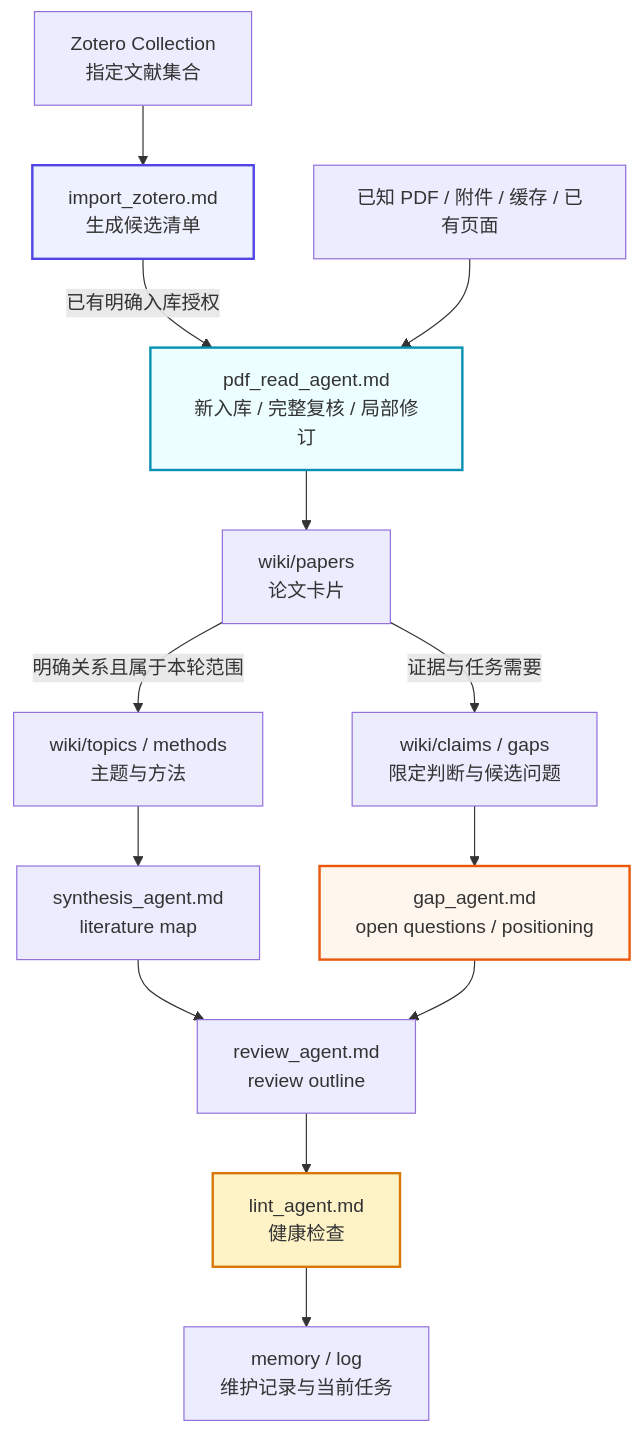
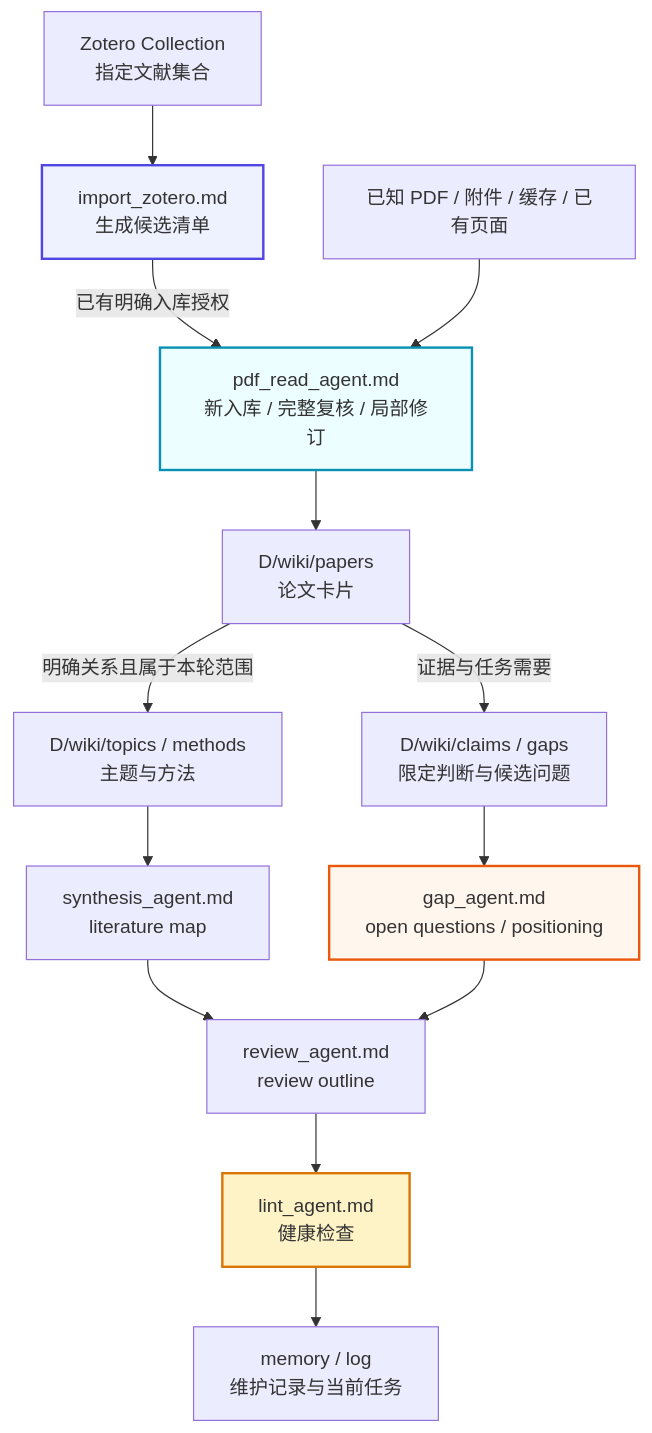
The diagram in README.md (neuhanxiaobo1/Claude-wiki), drawn with Mermaid before and after one commit. The commit also changed other lines of this file and 208 other files, not shown here.

````diff
--- a/README.md
+++ b/README.md
@@ -87,20 +87,20 @@
 ```mermaid
 flowchart TD
     A["Zotero Collection<br/>指定文献集合"] --> B["import_zotero.md<br/>生成候选清单"]
     B -->|已有明确入库授权| C["pdf_read_agent.md<br/>新入库 / 完整复核 / 局部修订"]
     L["已知 PDF / 附件 / 缓存 / 已有页面"] --> C
-    C --> D["wiki/papers<br/>论文卡片"]
-    D -->|明确关系且属于本轮范围| E["wiki/topics / methods<br/>主题与方法"]
-    D -->|证据与任务需要| F["wiki/claims / gaps<br/>限定判断与候选问题"]
+    C --> D["D/wiki/papers<br/>论文卡片"]
+    D -->|明确关系且属于本轮范围| E["D/wiki/topics / methods<br/>主题与方法"]
+    D -->|证据与任务需要| F["D/wiki/claims / gaps<br/>限定判断与候选问题"]
     E --> G["synthesis_agent.md<br/>literature map"]
     F --> H["gap_agent.md<br/>open questions / positioning"]
     G --> I["review_agent.md<br/>review outline"]
     H --> I
     I --> J["lint_agent.md<br/>健康检查"]
     J --> K["memory / log<br/>维护记录与当前任务"]
 
     style B fill:#eef2ff,stroke:#4f46e5,stroke-width:2px
     style C fill:#ecfeff,stroke:#0891b2,stroke-width:2px
     style H fill:#fff7ed,stroke:#ea580c,stroke-width:2px
     style J fill:#fef3c7,stroke:#d97706,stroke-width:2px
 ```
````
